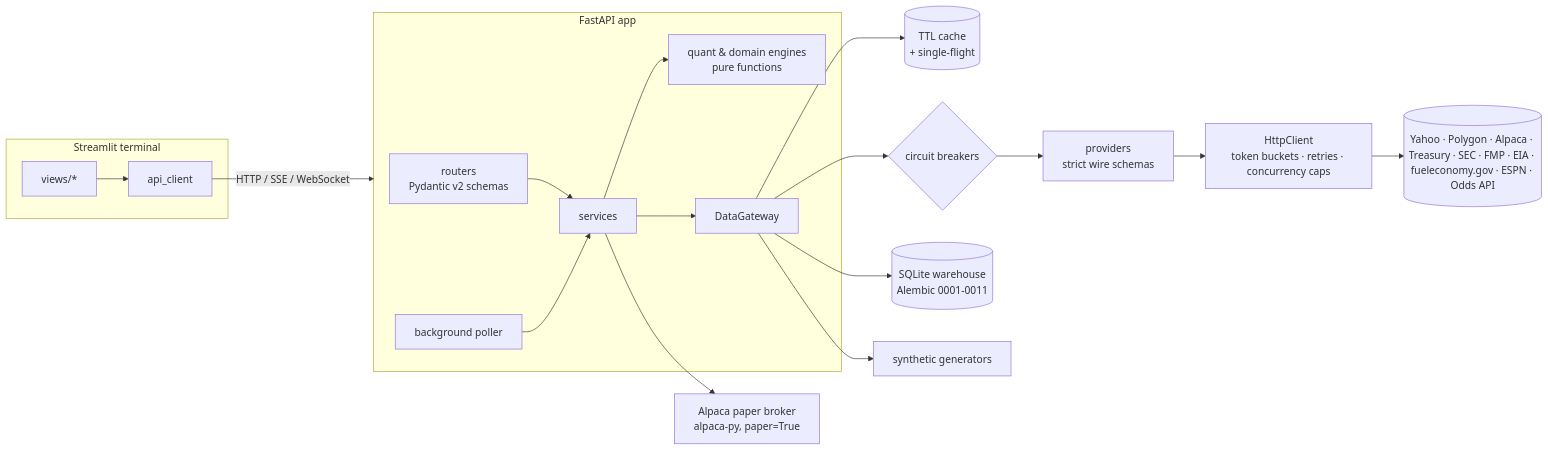
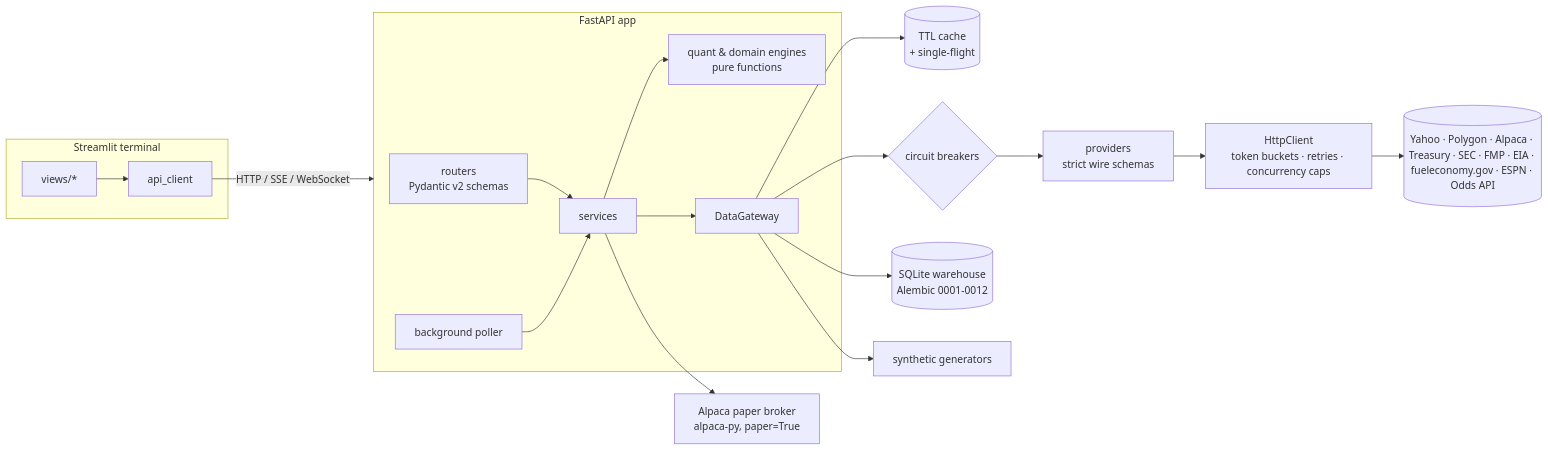
One commit to kasmdkasdsad/Finance changed the diagram in README.md. Above: the diagram before and after it, drawn with Mermaid. The commit also changed other lines of this file and 3 other files, not shown here.

````diff
--- a/README.md
+++ b/README.md
@@ -145,21 +145,21 @@
 ```mermaid
 flowchart LR
     subgraph UI[Streamlit terminal]
         V[views/*] --> C[api_client]
     end
     C -- HTTP / SSE / WebSocket --> API
     subgraph API[FastAPI app]
         R[routers<br/>Pydantic v2 schemas] --> S[services]
         S --> Q[quant & domain engines<br/>pure functions]
         S --> G[DataGateway]
         P[background poller] --> S
     end
     G --> CACHE[(TTL cache<br/>+ single-flight)]
     G --> CB{circuit breakers}
     CB --> PR[providers<br/>strict wire schemas]
     PR --> HTTP[HttpClient<br/>token buckets · retries · concurrency caps]
     HTTP --> EXT[(Yahoo · Polygon · Alpaca · Treasury · SEC · FMP · EIA · fueleconomy.gov · ESPN · Odds API)]
-    G --> WH[(SQLite warehouse<br/>Alembic 0001-0011)]
+    G --> WH[(SQLite warehouse<br/>Alembic 0001-0012)]
     S --> BRK[Alpaca paper broker<br/>alpaca-py, paper=True]
     G --> SYN[synthetic generators]
 ```
````
